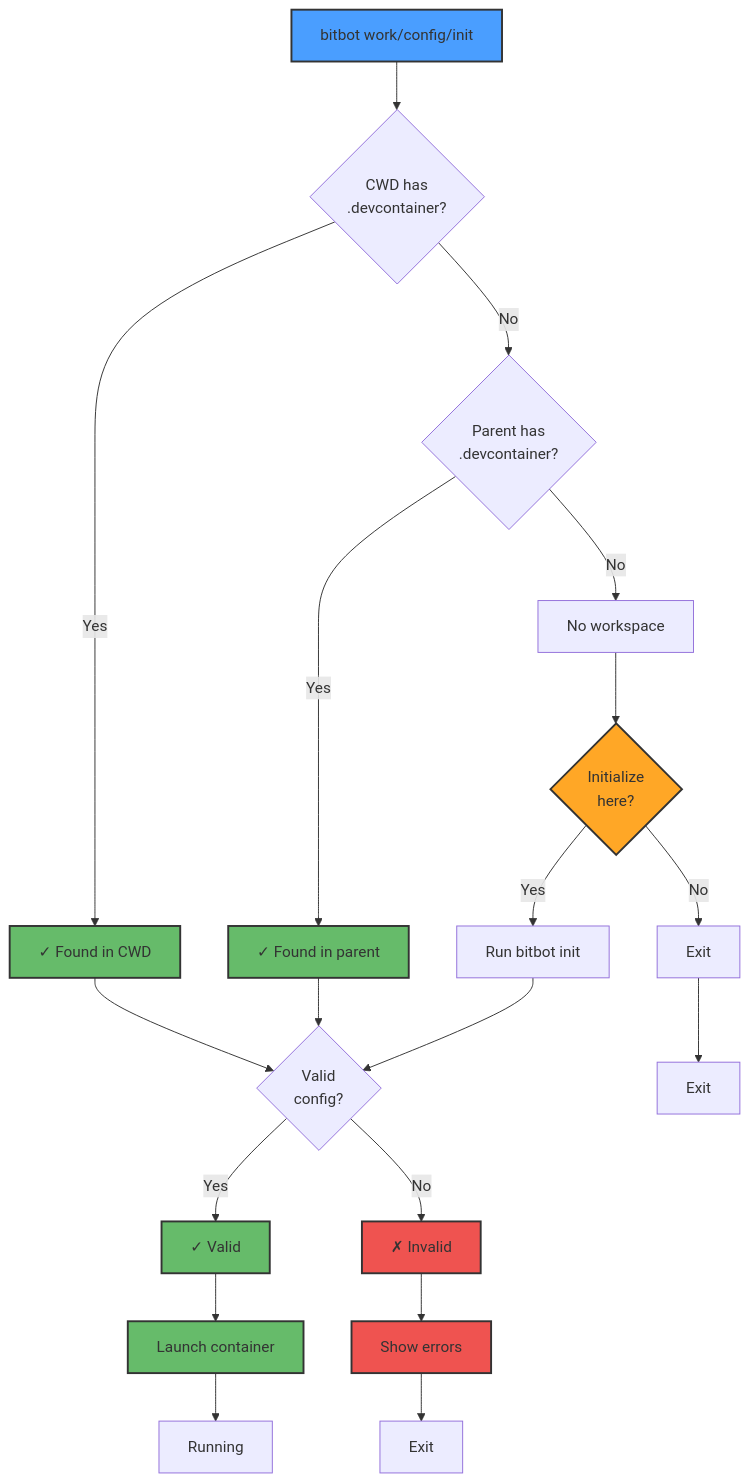
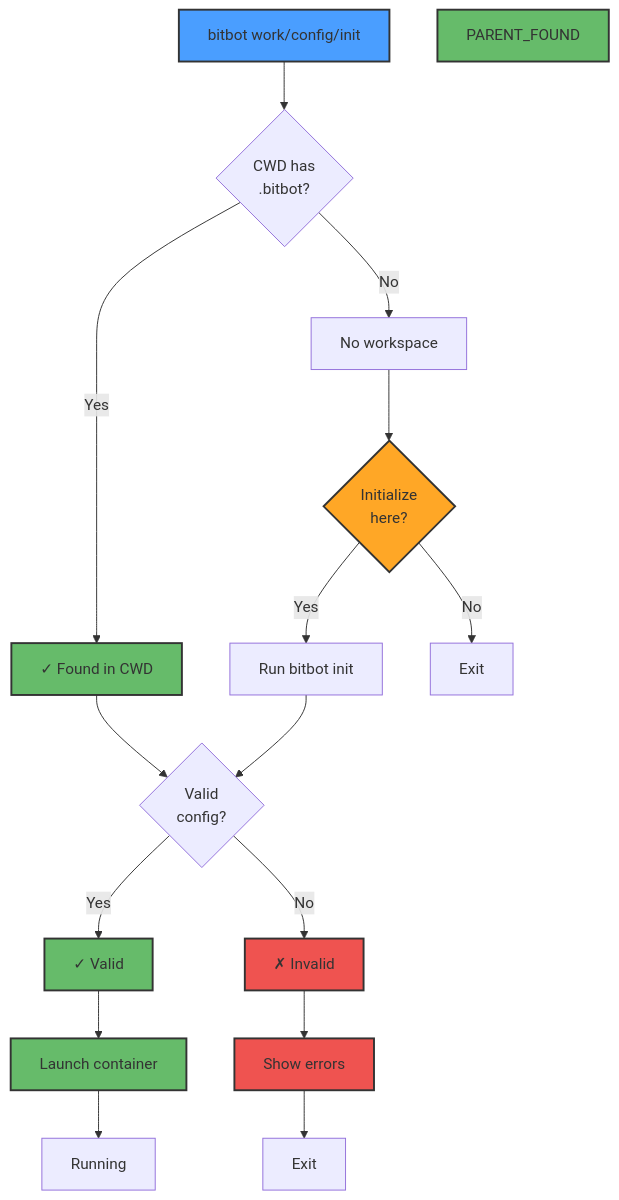
The first of 2 diagrams in sparc/3-architecture/diagrams/03-workspace-detection.md (ManuelKugelmann/BitBot), drawn with Mermaid before and after one commit. The commit also changed other lines of this file, not shown here.

First line of the commit message:
Update workspace detection to use .bitbot directory

````diff
--- a/sparc/3-architecture/diagrams/03-workspace-detection.md
+++ b/sparc/3-architecture/diagrams/03-workspace-detection.md
@@ -5,59 +5,51 @@
 ```mermaid
 flowchart TD
     START[bitbot work/config/init]
 
-    CWD_CHECK{CWD has<br/>.devcontainer?}
+    CWD_CHECK{CWD has<br/>.bitbot?}
     CWD_FOUND[✓ Found in CWD]
-
-    PARENT_CHECK{Parent has<br/>.devcontainer?}
-    PARENT_FOUND[✓ Found in parent]
 
     NO_WORKSPACE[No workspace]
     PROMPT{Initialize<br/>here?}
 
     INIT_YES[Run bitbot init]
-    INIT_NO[Exit]
+    END1[Exit]
 
     VALIDATE{Valid<br/>config?}
     VALID[✓ Valid]
     INVALID[✗ Invalid]
     ERROR[Show errors]
 
     LAUNCH[Launch container]
 
     START --> CWD_CHECK
 
     CWD_CHECK -->|Yes| CWD_FOUND
-    CWD_CHECK -->|No| PARENT_CHECK
-
-    PARENT_CHECK -->|Yes| PARENT_FOUND
-    PARENT_CHECK -->|No| NO_WORKSPACE
+    CWD_CHECK -->|No| NO_WORKSPACE
 
     CWD_FOUND --> VALIDATE
-    PARENT_FOUND --> VALIDATE
 
     NO_WORKSPACE --> PROMPT
     PROMPT -->|Yes| INIT_YES
-    PROMPT -->|No| INIT_NO
+    PROMPT -->|No| END1
 
     INIT_YES --> VALIDATE
-    INIT_NO --> END1[Exit]
 
     VALIDATE -->|Yes| VALID
     VALIDATE -->|No| INVALID
 
     VALID --> LAUNCH
     INVALID --> ERROR
     ERROR --> END2[Exit]
 
     LAUNCH --> END3[Running]
 
     style START fill:#4a9eff,stroke:#333,stroke-width:2px
     style CWD_FOUND fill:#66bb6a,stroke:#333,stroke-width:2px,color:#333
     style PARENT_FOUND fill:#66bb6a,stroke:#333,stroke-width:2px,color:#333
     style VALID fill:#66bb6a,stroke:#333,stroke-width:2px,color:#333
     style LAUNCH fill:#66bb6a,stroke:#333,stroke-width:2px,color:#333
     style ERROR fill:#ef5350,stroke:#333,stroke-width:2px,color:#333
     style INVALID fill:#ef5350,stroke:#333,stroke-width:2px,color:#333
     style PROMPT fill:#ffa726,stroke:#333,stroke-width:2px,color:#333
 ```
````
